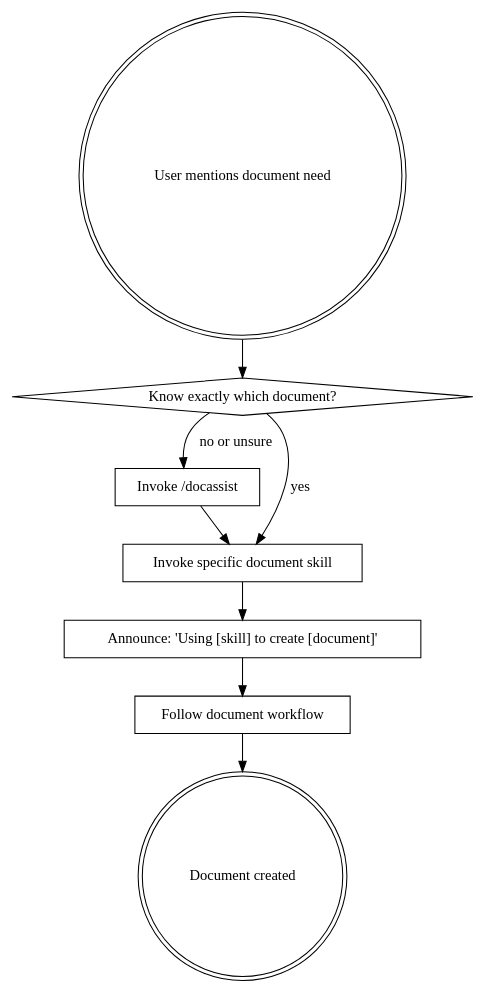
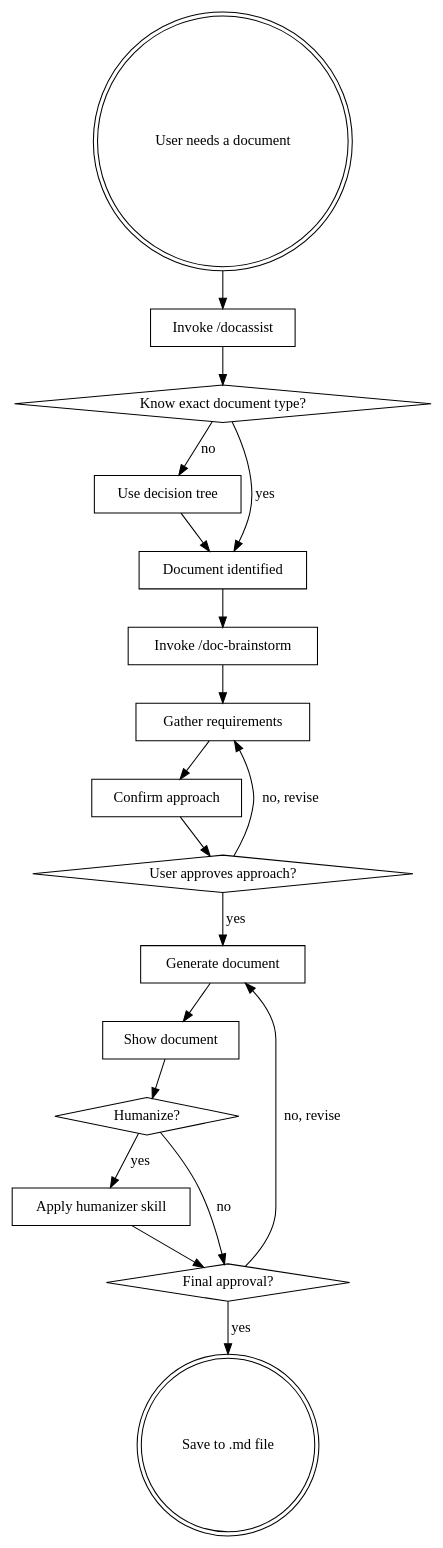
Before and after one commit to hashangit/doc-assist: the diagram in docassist/SKILL.md, drawn with Graphviz. The commit also changed other lines of this file and 2 other files, not shown here.

First line of the commit message:
Add brainstorming workflow and humanization to document creation

````diff
--- a/docassist/SKILL.md
+++ b/docassist/SKILL.md
@@ -22,19 +24,38 @@
 ```dot
 digraph doc_flow {
-    "User mentions document need" [shape=doublecircle];
-    "Know exactly which document?" [shape=diamond];
+    "User needs a document" [shape=doublecircle];
     "Invoke /docassist" [shape=box];
-    "Invoke specific document skill" [shape=box];
-    "Announce: 'Using [skill] to create [document]'" [shape=box];
-    "Follow document workflow" [shape=box];
-    "Document created" [shape=doublecircle];
+    "Know exact document type?" [shape=diamond];
+    "Use decision tree" [shape=box];
+    "Document identified" [shape=box];
+    "Invoke /doc-brainstorm" [shape=box];
+    "Gather requirements" [shape=box];
+    "Confirm approach" [shape=box];
+    "User approves approach?" [shape=diamond];
+    "Generate document" [shape=box];
+    "Show document" [shape=box];
+    "Humanize?" [shape=diamond];
+    "Apply humanizer skill" [shape=box];
+    "Final approval?" [shape=diamond];
+    "Save to .md file" [shape=doublecircle];
 
-    "User mentions document need" -> "Know exactly which document?";
-    "Know exactly which document?" -> "Invoke specific document skill" [label="yes"];
-    "Know exactly which document?" -> "Invoke /docassist" [label="no or unsure"];
-    "Invoke /docassist" -> "Invoke specific document skill";
-    "Invoke specific document skill" -> "Announce: 'Using [skill] to create [document]'";
-    "Announce: 'Using [skill] to create [document]'" -> "Follow document workflow";
-    "Follow document workflow" -> "Document created";
+    "User needs a document" -> "Invoke /docassist";
+    "Invoke /docassist" -> "Know exact document type?";
+    "Know exact document type?" -> "Document identified" [label="yes"];
+    "Know exact document type?" -> "Use decision tree" [label="no"];
+    "Use decision tree" -> "Document identified";
+    "Document identified" -> "Invoke /doc-brainstorm";
+    "Invoke /doc-brainstorm" -> "Gather requirements";
+    "Gather requirements" -> "Confirm approach";
+    "Confirm approach" -> "User approves approach?";
+    "User approves approach?" -> "Gather requirements" [label="no, revise"];
+    "User approves approach?" -> "Generate document" [label="yes"];
+    "Generate document" -> "Show document";
+    "Show document" -> "Humanize?";
+    "Humanize?" -> "Apply humanizer skill" [label="yes"];
+    "Humanize?" -> "Final approval?" [label="no"];
+    "Apply humanizer skill" -> "Final approval?";
+    "Final approval?" -> "Generate document" [label="no, revise"];
+    "Final approval?" -> "Save to .md file" [label="yes"];
 }
 ```
````
